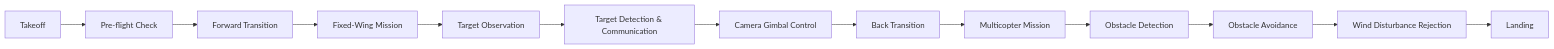
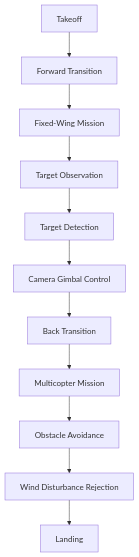
Before and after one commit to Giromi/AutonomousVTOLGuidanceControl: the diagram in README.md, drawn with Mermaid.

````diff
--- a/README.md
+++ b/README.md
@@ -234,16 +234,17 @@
 ```mermaid
-flowchart LR
+flowchart TD
     A[Takeoff]
-    --> B[Pre-flight Check]
-    --> C[Forward Transition]
-    --> D[Fixed-Wing Mission]
-    --> E[Target Observation]
-    --> F[Target Detection & Communication]
-    --> G[Camera Gimbal Control]
-    --> H[Back Transition]
-    --> I[Multicopter Mission]
-    --> J[Obstacle Detection]
-    --> K[Obstacle Avoidance]
-    --> L[Wind Disturbance Rejection]
-    --> M[Landing]
+    --> B[Forward Transition]
+    --> C[Fixed-Wing Mission]
+    --> D[Target Observation]
+
+    D --> E[Target Detection]
+    E --> F[Camera Gimbal Control]
+
+    F --> G[Back Transition]
+    G --> H[Multicopter Mission]
+
+    H --> I[Obstacle Avoidance]
+    I --> J[Wind Disturbance Rejection]
+    J --> K[Landing]
 ```
````
